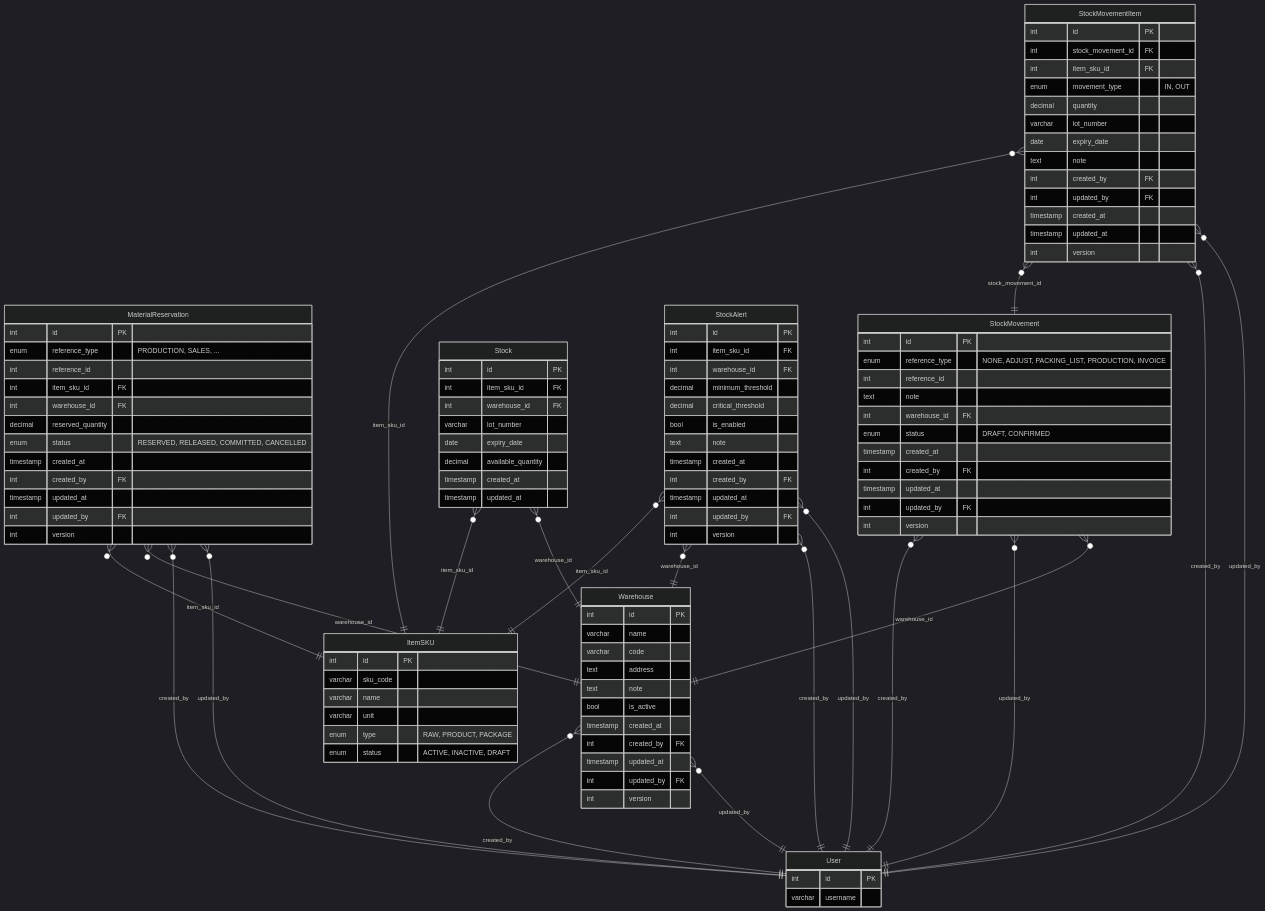
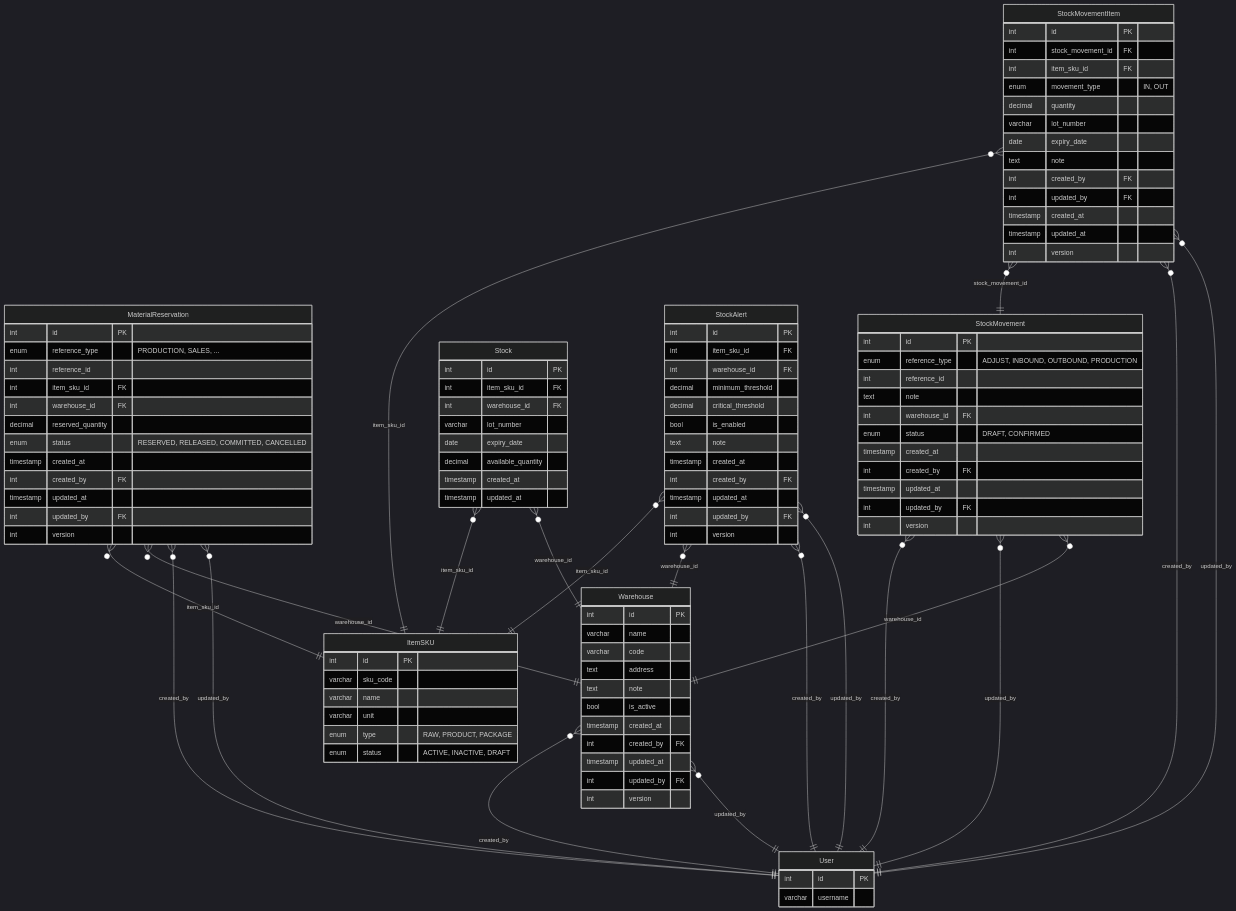
The diagram in django/stockflow/docs/erd/inventory-erd.md (lockdoor/stockflow), drawn with Mermaid (dark theme) before and after one commit. The commit also changed 53 other files, not shown here.

```diff
--- a/django/stockflow/docs/erd/inventory-erd.md
+++ b/django/stockflow/docs/erd/inventory-erd.md
@@ -24,7 +24,7 @@
     
     StockMovement {
         int id PK
-        enum reference_type "NONE, ADJUST, PACKING_LIST, PRODUCTION, INVOICE"
+        enum reference_type "ADJUST, INBOUND, OUTBOUND, PRODUCTION"
         int reference_id
         text note
         int warehouse_id FK
```
